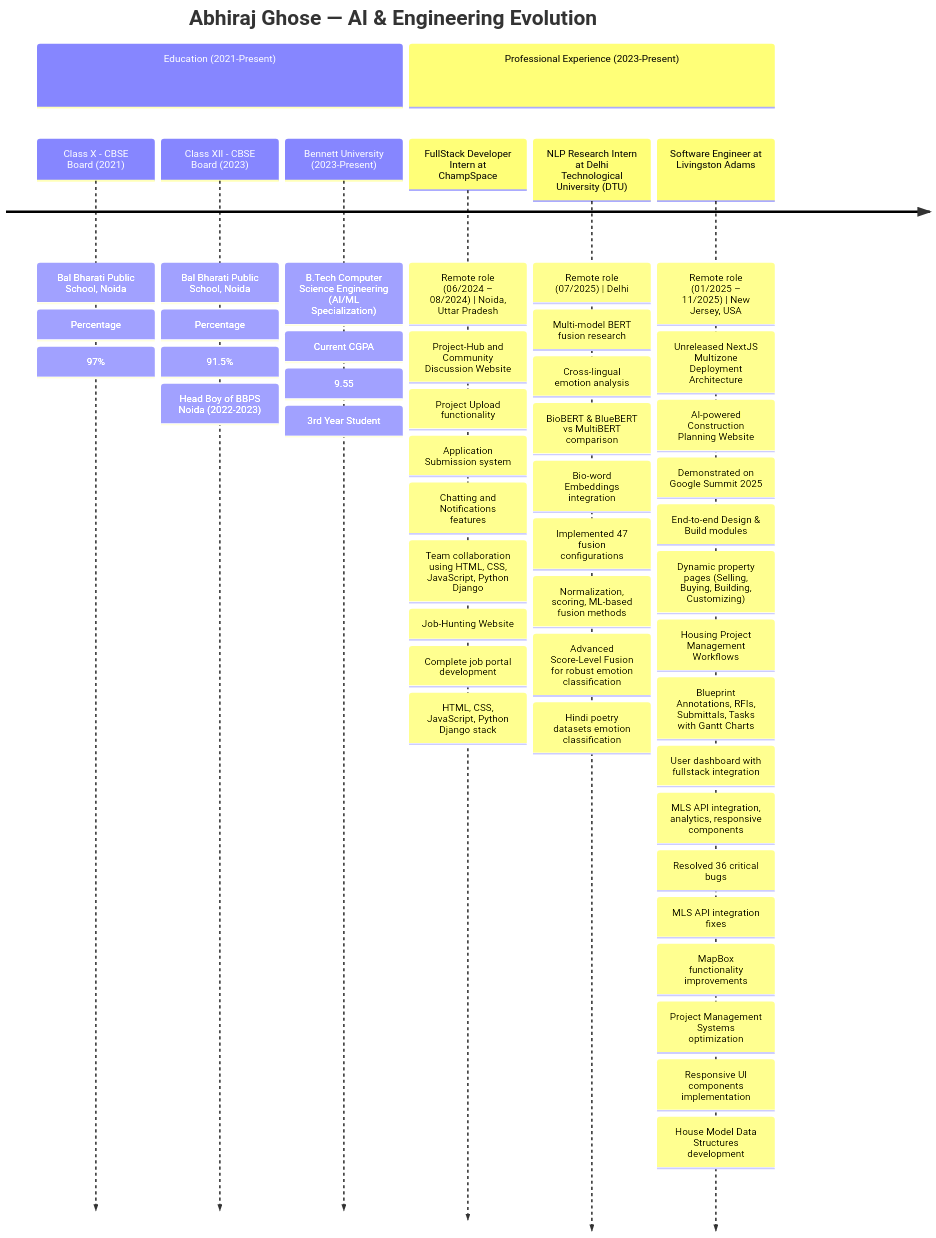
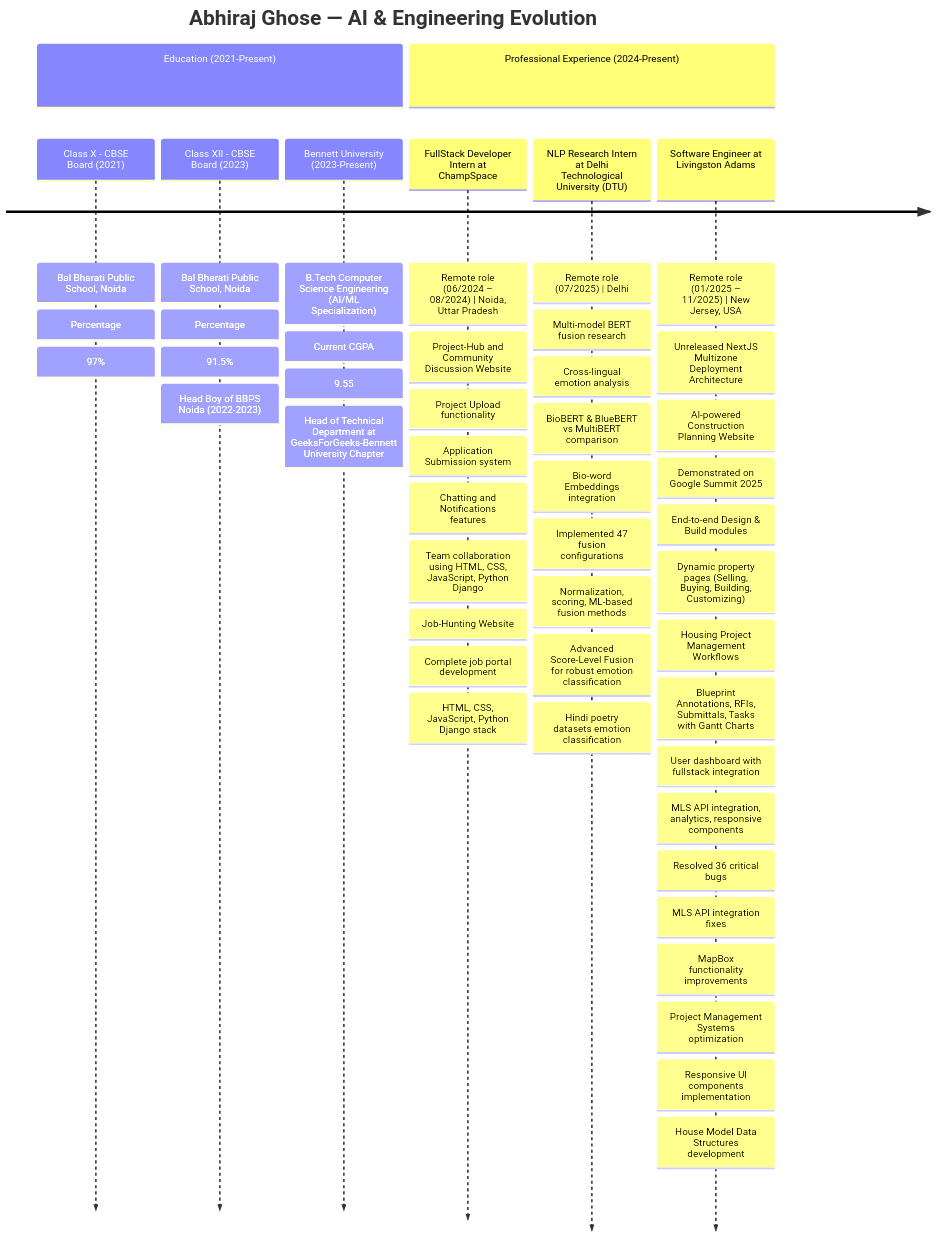
Before and after one commit to AetherSparks/AetherSparks: the diagram in README.md, drawn with Mermaid.

Commit message:
Date and GFG BU Tech Lead data added

````diff
--- a/README.md
+++ b/README.md
@@ -256,60 +256,60 @@
 ```mermaid
 timeline
     title Abhiraj Ghose — AI & Engineering Evolution
 
     section Education (2021-Present)
         Class X - CBSE Board (2021)
             : Bal Bharati Public School, Noida
             : Percentage: 97%
         Class XII - CBSE Board (2023)
             : Bal Bharati Public School, Noida
             : Percentage: 91.5%
             : Head Boy of BBPS Noida (2022-2023)
         Bennett University (2023-Present)
             : B.Tech Computer Science Engineering (AI/ML Specialization)
             : Current CGPA: 9.55
-            : 3rd Year Student
+            : Head of Technical Department at GeeksForGeeks-Bennett University Chapter
 
-    section Professional Experience (2023-Present)
+    section Professional Experience (2024-Present)
 
         FullStack Developer Intern at ChampSpace
             : Remote role (06/2024 – 08/2024) | Noida, Uttar Pradesh
                 : Project-Hub and Community Discussion Website
                     : Project Upload functionality
                     : Application Submission system
                     : Chatting and Notifications features
                     : Team collaboration using HTML, CSS, JavaScript, Python Django
                 : Job-Hunting Website
                     : Complete job portal development
                     : HTML, CSS, JavaScript, Python Django stack
 
         NLP Research Intern at Delhi Technological University (DTU)
             : Remote role (07/2025) | Delhi
                 : Multi-model BERT fusion research
                 : Cross-lingual emotion analysis
                 : BioBERT & BlueBERT vs MultiBERT comparison
                 : Bio-word Embeddings integration
                 : Implemented 47 fusion configurations
                     : Normalization, scoring, ML-based fusion methods
                     : Advanced Score-Level Fusion for robust emotion classification
                     : Hindi poetry datasets emotion classification
 
         Software Engineer at Livingston Adams
             : Remote role (01/2025 – 11/2025) | New Jersey, USA
                 : Unreleased NextJS Multizone Deployment Architecture
                 : AI-powered Construction Planning Website
                 : Demonstrated on Google Summit 2025
                 : End-to-end Design & Build modules
                     : Dynamic property pages (Selling, Buying, Building, Customizing)
                     : Housing Project Management Workflows
                     : Blueprint Annotations, RFIs, Submittals, Tasks with Gantt Charts
                     : User dashboard with fullstack integration
                     : MLS API integration, analytics, responsive components
                 : Resolved 36 critical bugs
                     : MLS API integration fixes
                     : MapBox functionality improvements
                     : Project Management Systems optimization
                     : Responsive UI components implementation
                     : House Model Data Structures development
 
 ```
````
